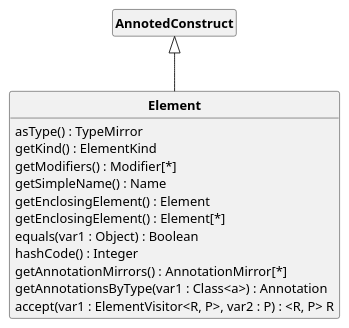
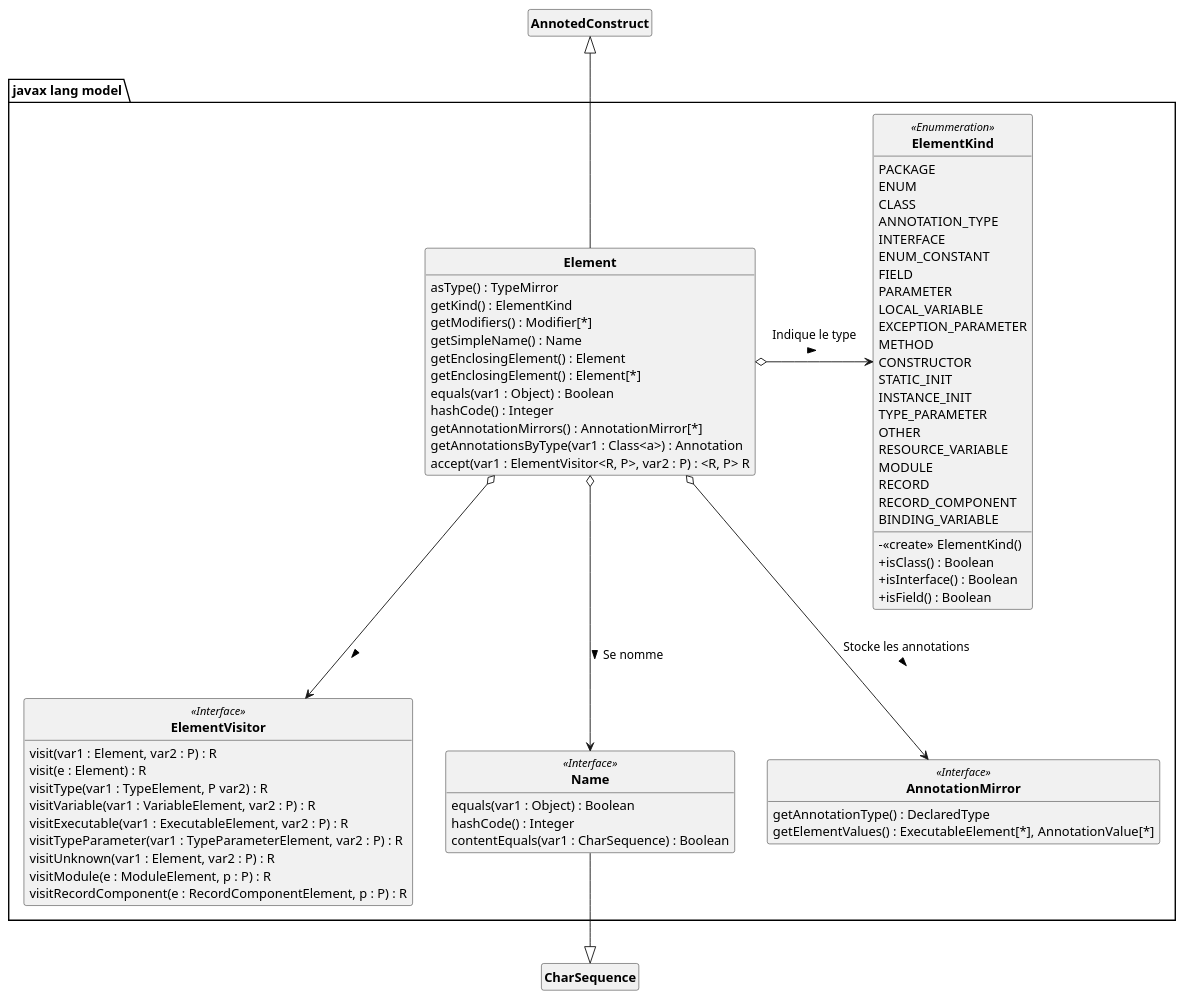
The diagram in uml/JavaLanguageModelDCC.puml (DimToups/Java-to-PUML-converter), drawn with PlantUML before and after one commit.

Commit message:
[Semaine2] Finalisation du DCC de l'API javax.lang.model basé sur l'interface Element

```diff
--- a/uml/JavaLanguageModelDCC.puml
+++ b/uml/JavaLanguageModelDCC.puml
@@ -1,27 +1,85 @@
 @startuml
 'https://plantuml.com/class-diagram
 skinparam style strictuml
 skinparam classAttributeIconSize 0
 skinparam classFontStyle Bold
 
 hide empty members
 
-class Element extends AnnotedConstruct{
-    asType() : TypeMirror
-    getKind() : ElementKind
-    getModifiers() : Modifier[*]
-    getSimpleName() : Name
-    getEnclosingElement() : Element
-    getEnclosingElement() : Element[*]
-    equals(var1 : Object) : Boolean
-    hashCode() : Integer
-    getAnnotationMirrors() : AnnotationMirror[*]
-    getAnnotationsByType(var1 : Class<a>) : Annotation
-    accept(var1 : ElementVisitor<R, P>, var2 : P) : <R, P> R
+package "javax lang model" {
+    class Element{
+        asType() : TypeMirror
+        getKind() : ElementKind
+        getModifiers() : Modifier[*]
+        getSimpleName() : Name
+        getEnclosingElement() : Element
+        getEnclosingElement() : Element[*]
+        equals(var1 : Object) : Boolean
+        hashCode() : Integer
+        getAnnotationMirrors() : AnnotationMirror[*]
+        getAnnotationsByType(var1 : Class<a>) : Annotation
+        accept(var1 : ElementVisitor<R, P>, var2 : P) : <R, P> R
+    }
+
+    class ElementKind <<Enummeration>>{
+            PACKAGE
+            ENUM
+            CLASS
+            ANNOTATION_TYPE
+            INTERFACE
+            ENUM_CONSTANT
+            FIELD
+            PARAMETER
+            LOCAL_VARIABLE
+            EXCEPTION_PARAMETER
+            METHOD
+            CONSTRUCTOR
+            STATIC_INIT
+            INSTANCE_INIT
+            TYPE_PARAMETER
+            OTHER
+            RESOURCE_VARIABLE
+            MODULE
+            RECORD
+            RECORD_COMPONENT
+            BINDING_VARIABLE
+            - <<create>> ElementKind()
+            + isClass() : Boolean
+            + isInterface() : Boolean
+            + isField() : Boolean
+    }
+
+    class ElementVisitor <<Interface>>{
+        visit(var1 : Element, var2 : P) : R
+        visit(e : Element) : R
+        visitType(var1 : TypeElement, P var2) : R
+        visitVariable(var1 : VariableElement, var2 : P) : R
+        visitExecutable(var1 : ExecutableElement, var2 : P) : R
+        visitTypeParameter(var1 : TypeParameterElement, var2 : P) : R
+        visitUnknown(var1 : Element, var2 : P) : R
+        visitModule(e : ModuleElement, p : P) : R
+        visitRecordComponent(e : RecordComponentElement, p : P) : R
+    }
+
+    class Name <<Interface>>{
+        equals(var1 : Object) : Boolean
+        hashCode() : Integer
+        contentEquals(var1 : CharSequence) : Boolean
+    }
+
+    class AnnotationMirror <<Interface>>{
+        getAnnotationType() : DeclaredType
+        getElementValues() : ExecutableElement[*], AnnotationValue[*]
+    }
 }
+class AnnotedConstruct
+class CharSequence
 
-class AnnotedConstruct{
-
-}
+Element o-> ElementKind : Indique le type\n >
+Element o--> Name : > Se nomme
+Element o--> AnnotationMirror : Stocke les annotations\n >
+Element o--> ElementVisitor : > 
+Element -u-|> AnnotedConstruct
+Name --|> CharSequence
 
 @enduml
```
